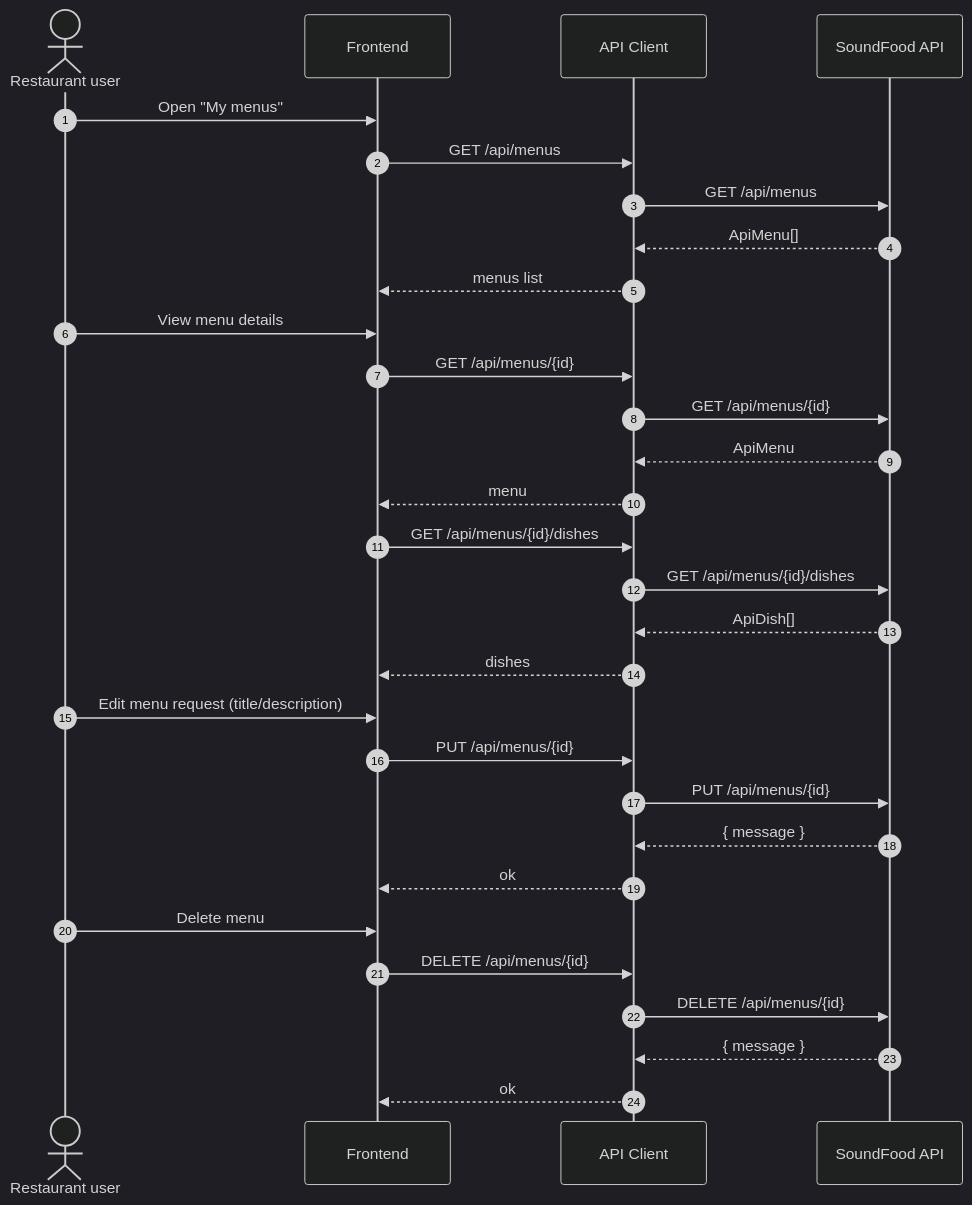
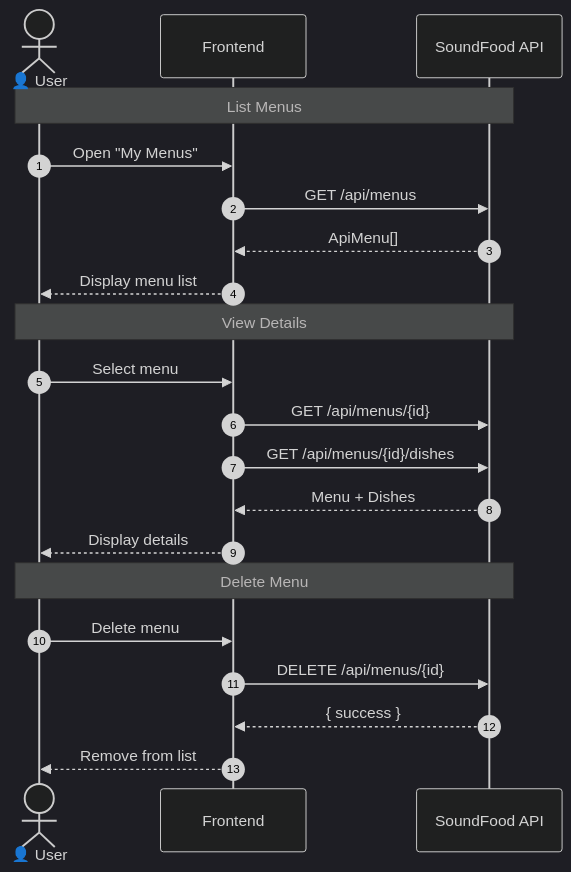
One commit to matteospanio/sf-demo-menu-intf changed the third of 6 diagrams in README.md. Above: the diagram before and after it, drawn with Mermaid (dark theme). The commit also changed other lines of this file and 1 other file, not shown here.

````diff
--- a/README.md
+++ b/README.md
@@ -305,36 +285,26 @@
 ```mermaid
 sequenceDiagram
   autonumber
-  actor U as Restaurant user
+  actor U as 👤 User
   participant FE as Frontend
-  participant A as API Client
   participant API as SoundFood API
 
-  U->>FE: Open "My menus"
-  FE->>A: GET /api/menus
-  A->>API: GET /api/menus
-  API-->>A: ApiMenu[]
-  A-->>FE: menus list
+  Note over U,API: List Menus
+  U->>FE: Open "My Menus"
+  FE->>API: GET /api/menus
+  API-->>FE: ApiMenu[]
+  FE-->>U: Display menu list
 
-  U->>FE: View menu details
-  FE->>A: GET /api/menus/{id}
-  A->>API: GET /api/menus/{id}
-  API-->>A: ApiMenu
-  A-->>FE: menu
-  FE->>A: GET /api/menus/{id}/dishes
-  A->>API: GET /api/menus/{id}/dishes
-  API-->>A: ApiDish[]
-  A-->>FE: dishes
+  Note over U,API: View Details
+  U->>FE: Select menu
+  FE->>API: GET /api/menus/{id}
+  FE->>API: GET /api/menus/{id}/dishes
+  API-->>FE: Menu + Dishes
+  FE-->>U: Display details
 
-  U->>FE: Edit menu request (title/description)
-  FE->>A: PUT /api/menus/{id}
-  A->>API: PUT /api/menus/{id}
-  API-->>A: { message }
-  A-->>FE: ok
-
+  Note over U,API: Delete Menu
   U->>FE: Delete menu
-  FE->>A: DELETE /api/menus/{id}
-  A->>API: DELETE /api/menus/{id}
-  API-->>A: { message }
-  A-->>FE: ok
+  FE->>API: DELETE /api/menus/{id}
+  API-->>FE: { success }
+  FE-->>U: Remove from list
 ```
````
